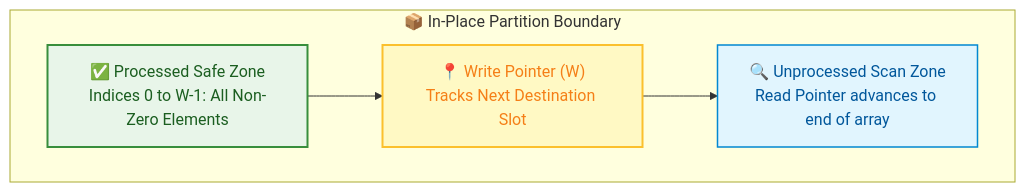
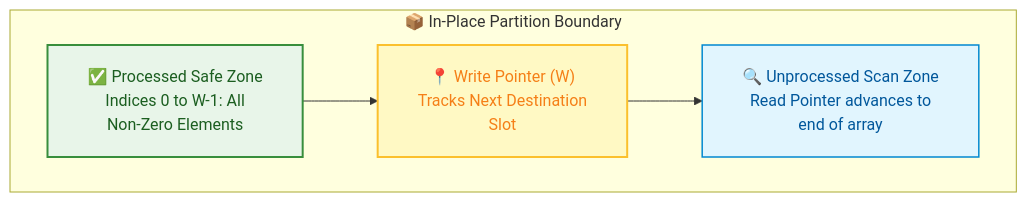
The first of 6 diagrams in week_04_core_problem_solving_patterns_i/Week_04_Visual_Concepts_Playbook_HYBRID.md (dip4k/DSA_102), drawn with Mermaid before and after one commit. The commit also changed other lines of this file and 108 other files, not shown here.

First line of the commit message:
fix(mermaid): resolve diagram clipping, padding, and syntax issues across repo

````diff
--- a/week_04_core_problem_solving_patterns_i/Week_04_Visual_Concepts_Playbook_HYBRID.md
+++ b/week_04_core_problem_solving_patterns_i/Week_04_Visual_Concepts_Playbook_HYBRID.md
@@ -68,13 +68,14 @@
 ```mermaid
+%%{init: {"flowchart": {"htmlLabels": true, "padding": 20}}}%%
 flowchart TD
     classDef safe fill:#e8f5e9,stroke:#388e3c,color:#1b5e20,stroke-width:2px;
     classDef boundary fill:#fff9c4,stroke:#fbc02d,color:#f57f17,stroke-width:2px;
     classDef explore fill:#e1f5fe,stroke:#0288d1,color:#01579b,stroke-width:1.5px;
 
     subgraph Memory["📦 In-Place Partition Boundary"]
-        Z1["✅ Processed Safe Zone<br/>Indices 0 to W-1: All Non-Zero Elements"]:::safe
-        B["📍 Write Pointer (W)<br/>Tracks Next Destination Slot"]:::boundary
-        Z2["🔍 Unprocessed Scan Zone<br/>Read Pointer advances to end of array"]:::explore
+        Z1["✅ Processed Safe Zone<br/>Indices 0 to W-1: All<br/>Non-Zero Elements"]:::safe
+        B["📍 Write Pointer (W)<br/>Tracks Next Destination<br/>Slot"]:::boundary
+        Z2["🔍 Unprocessed Scan Zone<br/>Read Pointer advances to<br/>end of array"]:::explore
         Z1 --> B --> Z2
     end
 ```
````
